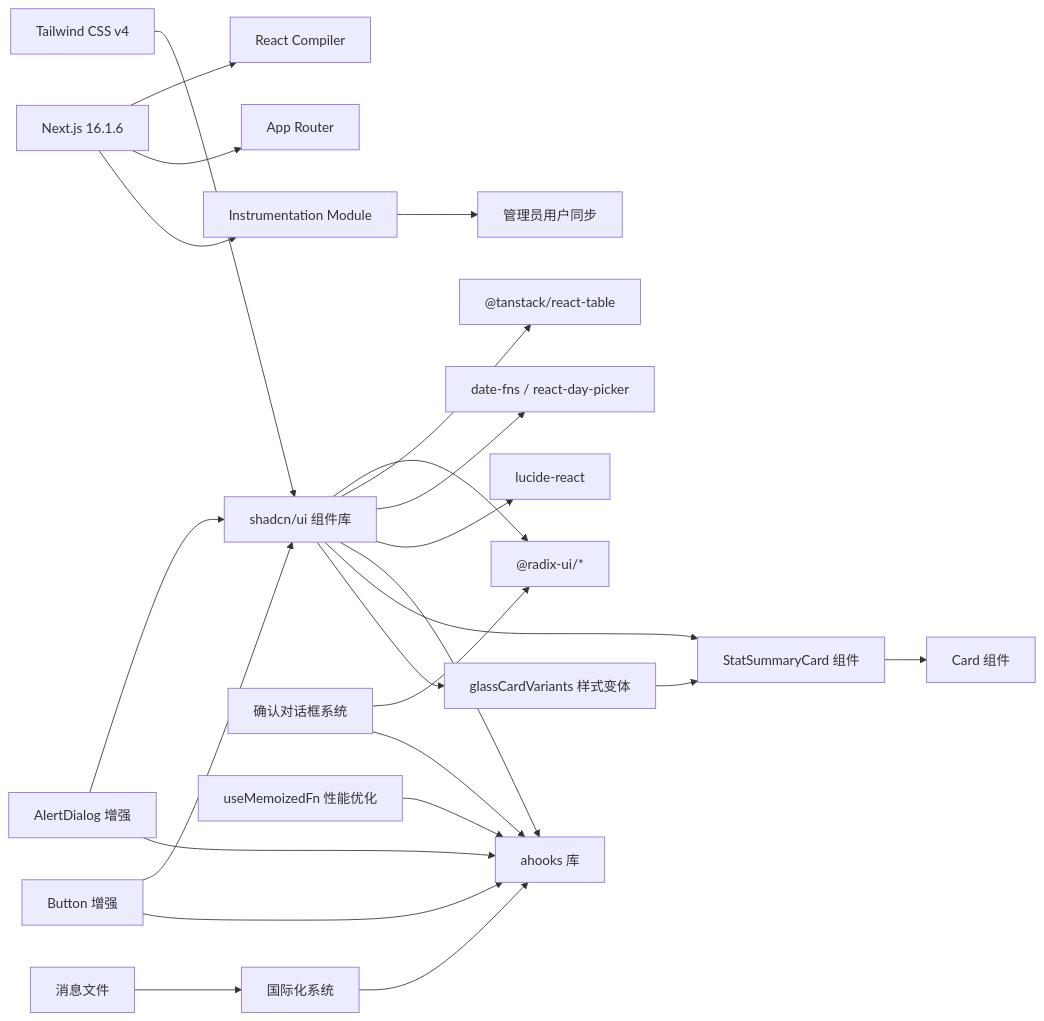
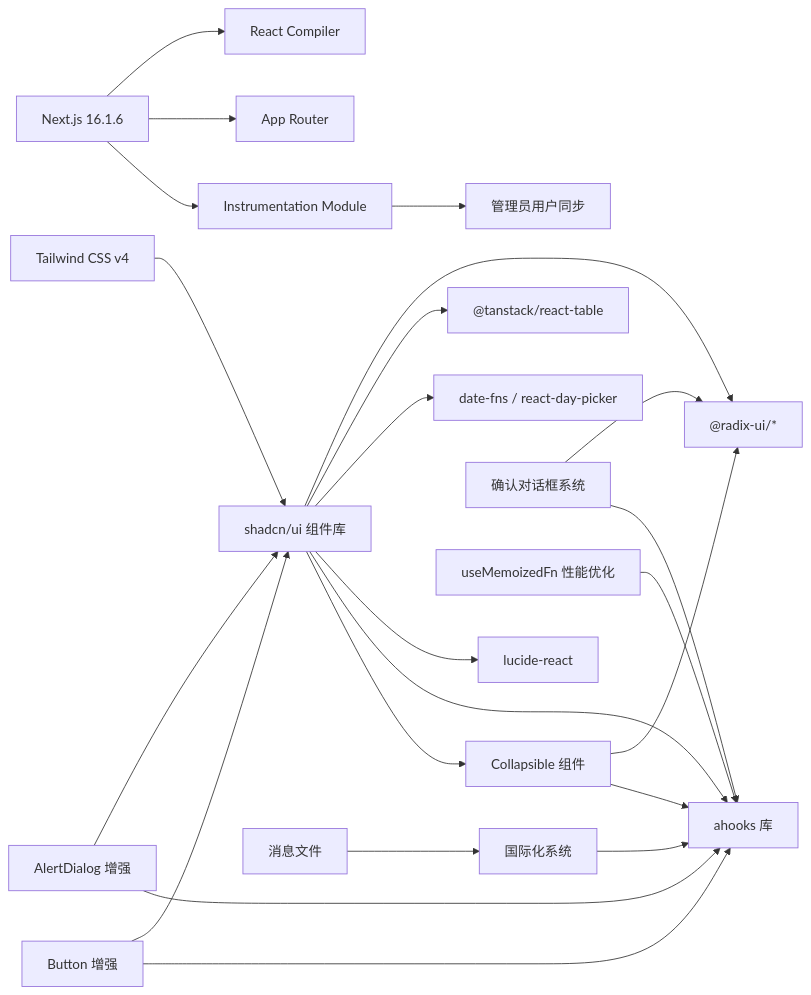
One commit to RadiumAg/AIGate changed the eighth of 8 diagrams in .qoder/repowiki/zh/content/前端组件/前端组件.md. Above: the diagram before and after it, drawn with Mermaid. The commit also changed other lines of this file and 21 other files, not shown here.

````diff
--- a/.qoder/repowiki/zh/content/前端组件/前端组件.md
+++ b/.qoder/repowiki/zh/content/前端组件/前端组件.md
@@ -770,26 +734,25 @@
 ```mermaid
 graph LR
 N["Next.js 16.1.6"] --> R["React Compiler"]
 N --> APP["App Router"]
 N --> INST["Instrumentation Module"]
 TW["Tailwind CSS v4"] --> UI["shadcn/ui 组件库"]
 UI --> RADIX["@radix-ui/*"]
 UI --> TABLE["@tanstack/react-table"]
 UI --> DATE["date-fns / react-day-picker"]
 UI --> ICON["lucide-react"]
 UI --> AH["ahooks 库"]
-UI --> SSC["StatSummaryCard 组件"]
-UI --> GCV["glassCardVariants 样式变体"]
+UI --> COLL["@radix-ui/react-collapsible"]
 CONF["确认对话框系统"] --> RADIX
 CONF --> AH
 ALERT["AlertDialog 增强"] --> UI
 ALERT --> AH
 BUTTON["Button 增强"] --> UI
 BUTTON --> AH
+COLL["Collapsible 组件"] --> RADIX
+COLL --> AH
 UMF["useMemoizedFn 性能优化"] --> AH
 I18N["国际化系统"] --> AH
 INST --> INIT["管理员用户同步"]
 MSG["消息文件"] --> I18N
-SSC --> CAR["Card 组件"]
-GCV --> SSC
 ```
````
